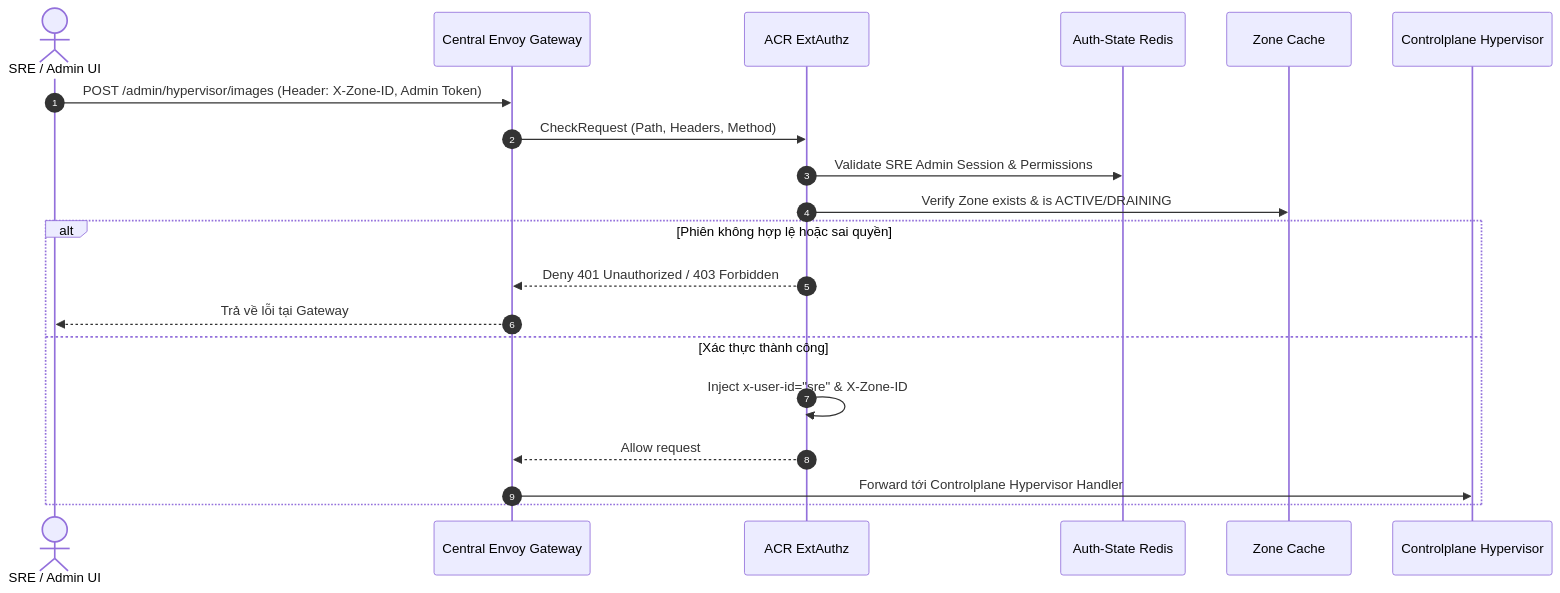
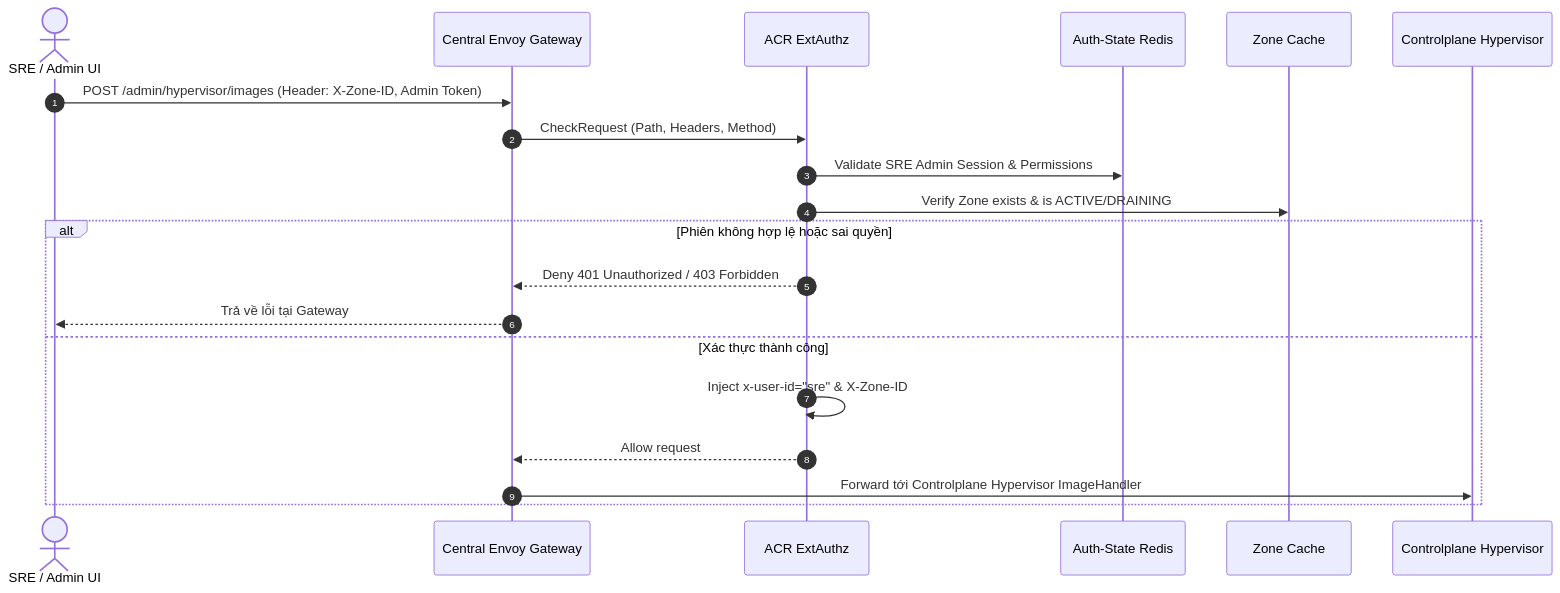
Before and after one commit to phucle996/aurora: the first of 6 diagrams in god_view/hypervisor/hypervisor_image_registry_god_view.md, drawn with Mermaid. The commit also changed other lines of this file, not shown here.

Commit message:
docs(hypervisor): isolate god view exclusively to sre hypervisor image upload and provisioning workflow

````diff
--- a/god_view/hypervisor/hypervisor_image_registry_god_view.md
+++ b/god_view/hypervisor/hypervisor_image_registry_god_view.md
@@ -102,23 +94,23 @@
 ```mermaid
 sequenceDiagram
     autonumber
     actor Admin as SRE / Admin UI
     participant E as Central Envoy Gateway
     participant A as ACR ExtAuthz
     participant AR as Auth-State Redis
     participant Z as Zone Cache
     participant CP as Controlplane Hypervisor
 
     Admin->>E: POST /admin/hypervisor/images (Header: X-Zone-ID, Admin Token)
     E->>A: CheckRequest (Path, Headers, Method)
     A->>AR: Validate SRE Admin Session & Permissions
     A->>Z: Verify Zone exists & is ACTIVE/DRAINING
     alt Phiên không hợp lệ hoặc sai quyền
         A-->>E: Deny 401 Unauthorized / 403 Forbidden
         E-->>Admin: Trả về lỗi tại Gateway
     else Xác thực thành công
         A->>A: Inject x-user-id="sre" & X-Zone-ID
         A-->>E: Allow request
-        E->>CP: Forward tới Controlplane Hypervisor Handler
+        E->>CP: Forward tới Controlplane Hypervisor ImageHandler
     end
 ```
````
